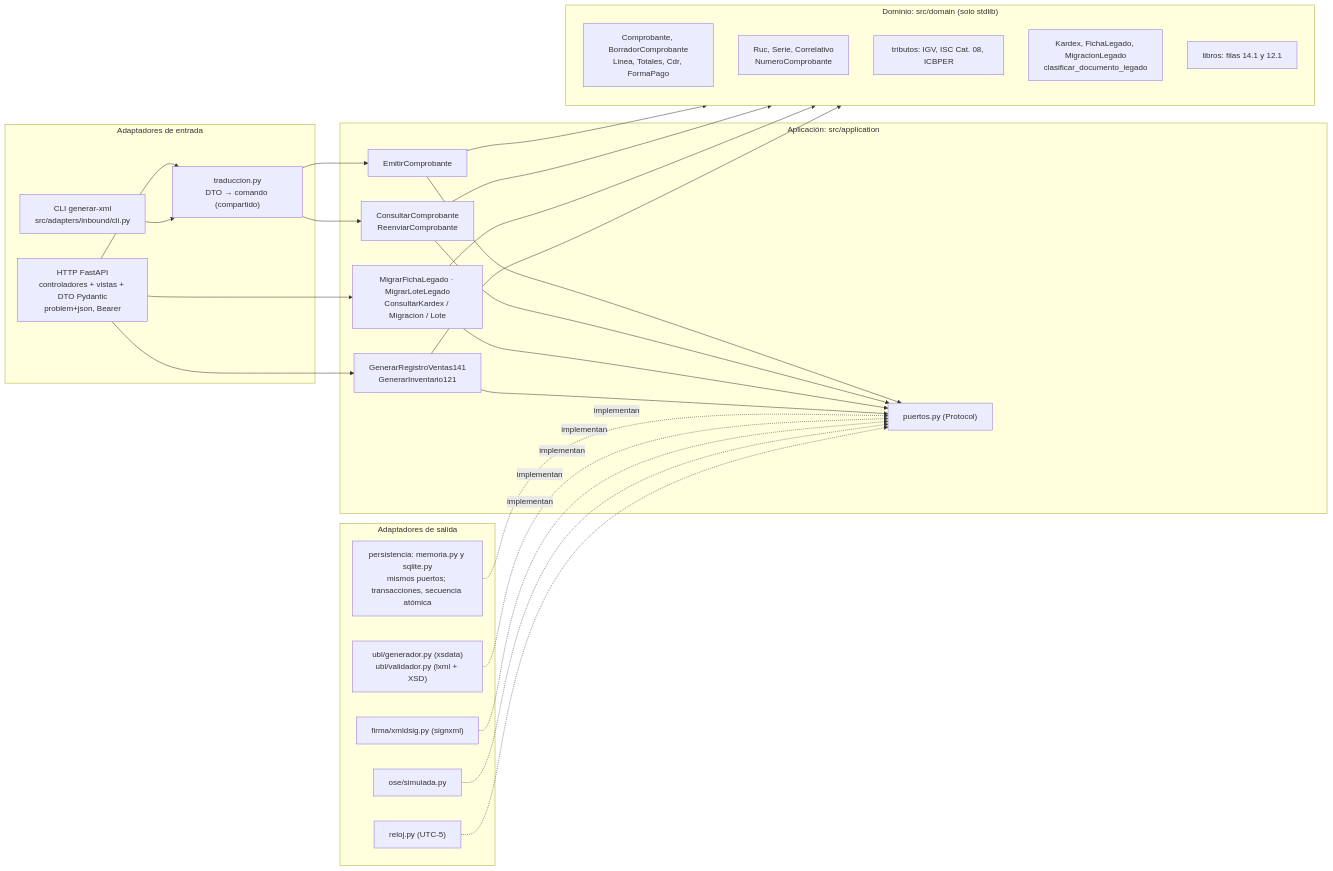
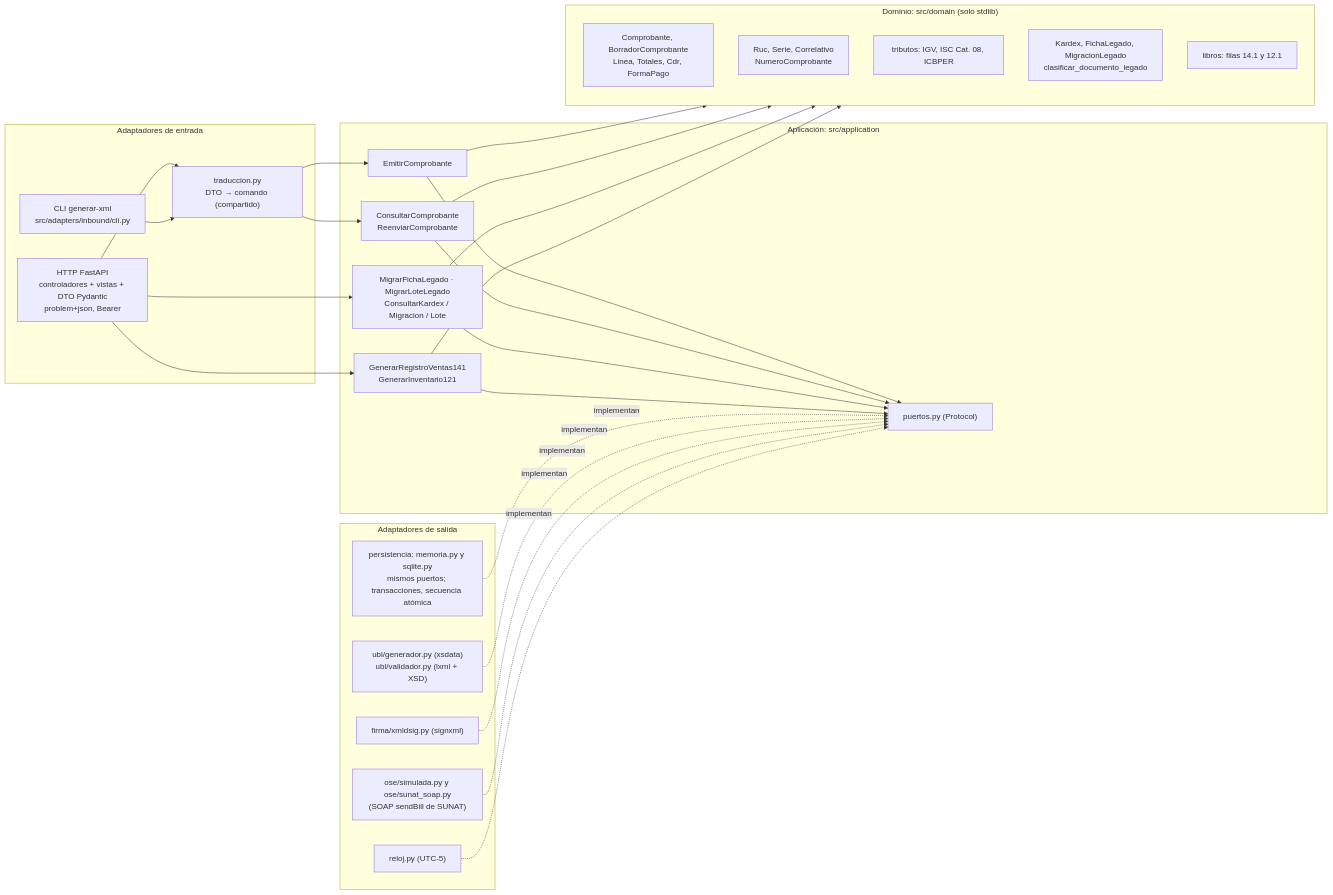
Before and after one commit to Melor-Smith/ARQUITECTURA: the first of 4 diagrams in specs/architecture/arquitectura.md, drawn with Mermaid. The commit also changed other lines of this file and 13 other files, not shown here.

````diff
--- a/specs/architecture/arquitectura.md
+++ b/specs/architecture/arquitectura.md
@@ -28,40 +28,40 @@
 ```mermaid
 flowchart LR
     subgraph IN["Adaptadores de entrada"]
         HTTP["HTTP FastAPI<br/>controladores + vistas + DTO Pydantic<br/>problem+json, Bearer"]
         CLI["CLI generar-xml<br/>src/adapters/inbound/cli.py"]
         TR["traduccion.py<br/>DTO → comando (compartido)"]
     end
 
     subgraph APP["Aplicación: src/application"]
         UC1["EmitirComprobante"]
         UC2["ConsultarComprobante<br/>ReenviarComprobante"]
         UC3["MigrarFichaLegado · MigrarLoteLegado<br/>ConsultarKardex / Migracion / Lote"]
         UC4["GenerarRegistroVentas141<br/>GenerarInventario121"]
         P["puertos.py (Protocol)"]
     end
 
     subgraph DOM["Dominio: src/domain (solo stdlib)"]
         D1["Comprobante, BorradorComprobante<br/>Linea, Totales, Cdr, FormaPago"]
         D2["Ruc, Serie, Correlativo<br/>NumeroComprobante"]
         D3["tributos: IGV, ISC Cat. 08, ICBPER"]
         D4["Kardex, FichaLegado, MigracionLegado<br/>clasificar_documento_legado"]
         D5["libros: filas 14.1 y 12.1"]
     end
 
     subgraph OUT["Adaptadores de salida"]
         A1["persistencia: memoria.py y sqlite.py<br/>mismos puertos; transacciones, secuencia atómica"]
         A2["ubl/generador.py (xsdata)<br/>ubl/validador.py (lxml + XSD)"]
         A3["firma/xmldsig.py (signxml)"]
-        A4["ose/simulada.py"]
+        A4["ose/simulada.py y ose/sunat_soap.py<br/>(SOAP sendBill de SUNAT)"]
         A5["reloj.py (UTC-5)"]
     end
 
     HTTP --> TR
     CLI --> TR
     TR --> UC1 & UC2
     HTTP --> UC3 & UC4
     UC1 & UC2 & UC3 & UC4 --> DOM
     UC1 & UC2 & UC3 & UC4 --> P
     A1 & A2 & A3 & A4 & A5 -. implementan .-> P
 ```
````
